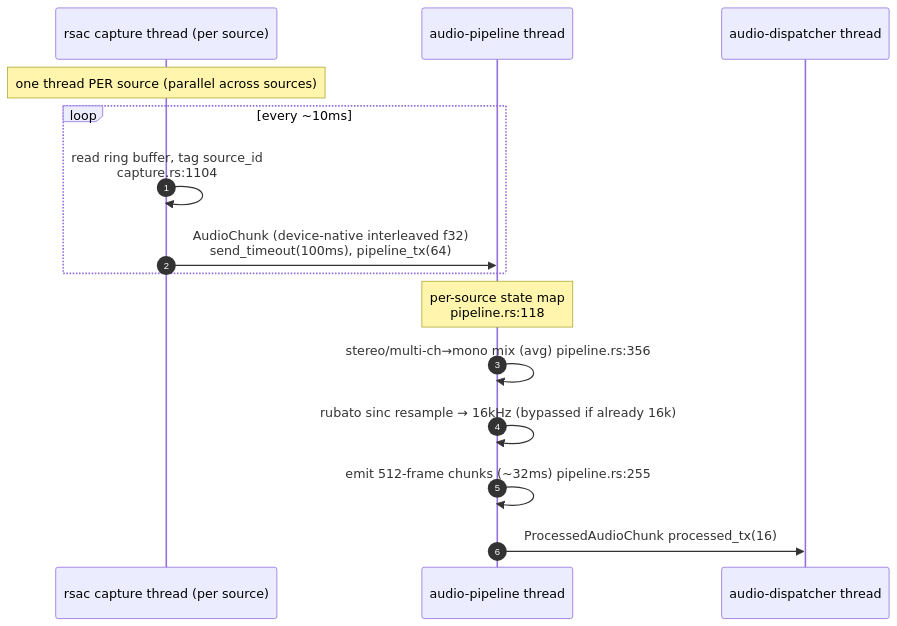
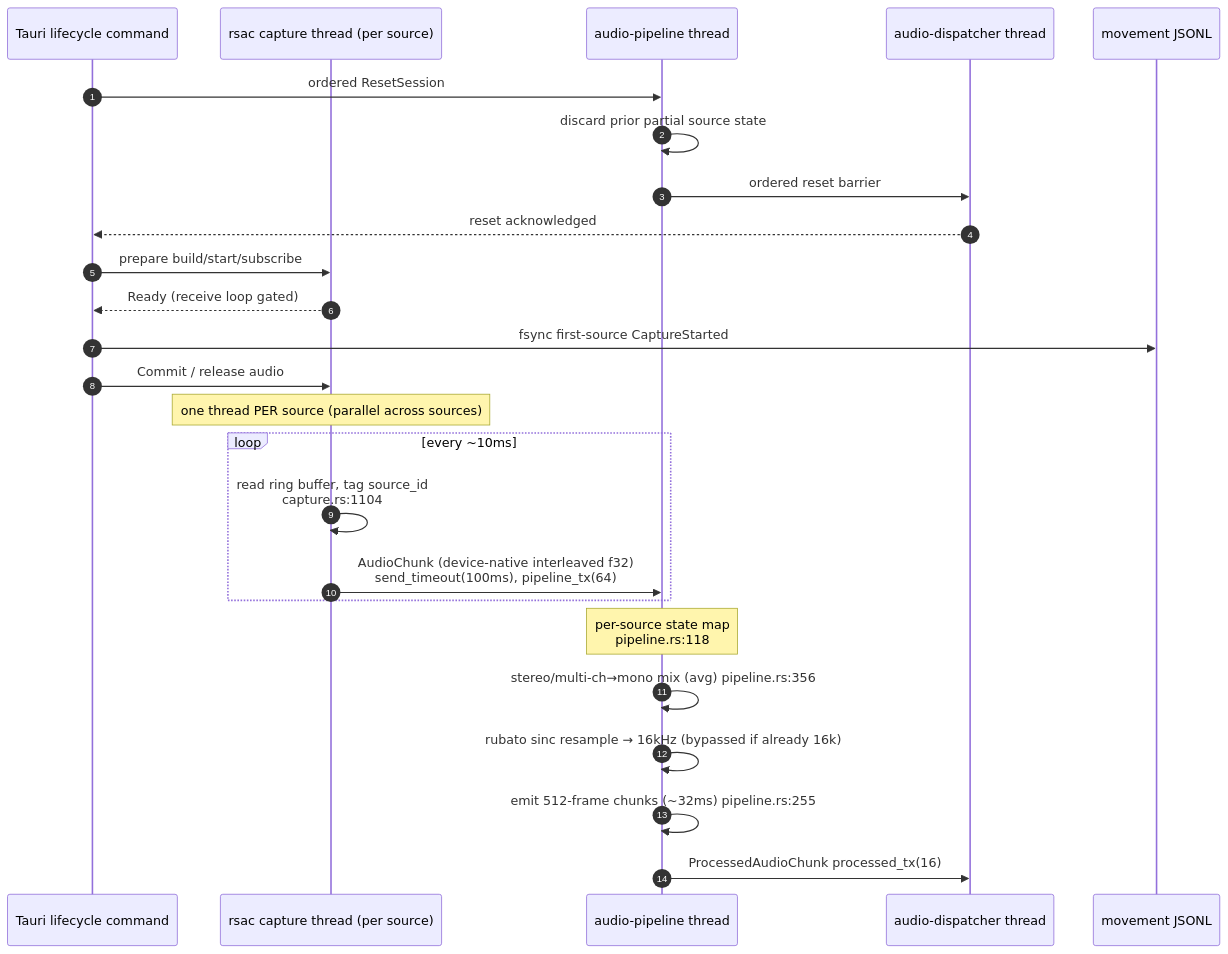
The second of 13 diagrams in docs/DATA_FLOW.md (Codeseys-Labs/audio-graph), drawn with Mermaid before and after one commit. The commit also changed other lines of this file and 101 other files, not shown here.

````diff
--- a/docs/DATA_FLOW.md
+++ b/docs/DATA_FLOW.md
@@ -186,19 +217,30 @@
 ```mermaid
 sequenceDiagram
     autonumber
+    participant CMD as Tauri lifecycle command
     participant RSAC as rsac capture thread (per source)
     participant PIPE as audio-pipeline thread
     participant DISP as audio-dispatcher thread
+    participant AUDIT as movement JSONL
+
+    CMD->>PIPE: ordered ResetSession
+    PIPE->>PIPE: discard prior partial source state
+    PIPE->>DISP: ordered reset barrier
+    DISP-->>CMD: reset acknowledged
+    CMD->>RSAC: prepare build/start/subscribe
+    RSAC-->>CMD: Ready (receive loop gated)
+    CMD->>AUDIT: fsync first-source CaptureStarted
+    CMD->>RSAC: Commit / release audio
 
     Note over RSAC: one thread PER source (parallel across sources)
     loop every ~10ms
         RSAC->>RSAC: read ring buffer, tag source_id<br/>capture.rs:1104
         RSAC->>PIPE: AudioChunk (device-native interleaved f32)<br/>send_timeout(100ms), pipeline_tx(64)
     end
 
     Note over PIPE: per-source state map<br/>pipeline.rs:118
     PIPE->>PIPE: stereo/multi-ch→mono mix (avg)  pipeline.rs:356
     PIPE->>PIPE: rubato sinc resample → 16kHz (bypassed if already 16k)
     PIPE->>PIPE: emit 512-frame chunks (~32ms)  pipeline.rs:255
     PIPE->>DISP: ProcessedAudioChunk  processed_tx(16)
 ```
````
